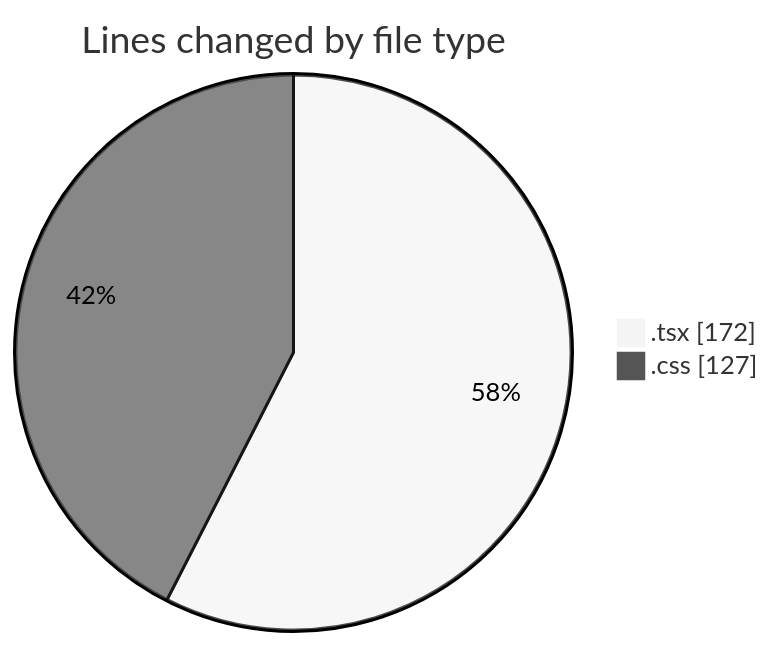
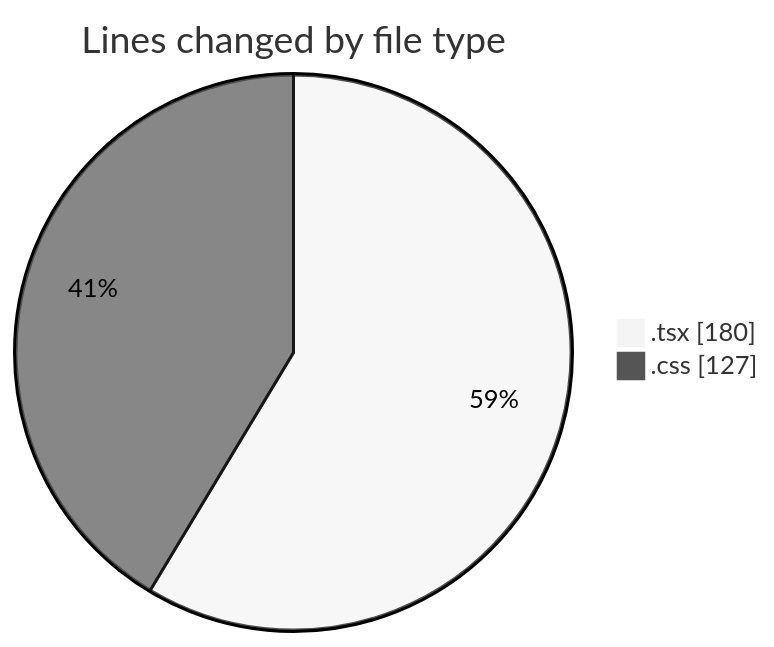
One commit to robertbonfada/code-tracking changed the first of 2 diagrams in 2025-01-09/mbc-web/README.md. Above: the diagram before and after it, drawn with Mermaid (neutral theme). The commit also changed other lines of this file and 1 other file, not shown here.

````diff
--- a/2025-01-09/mbc-web/README.md
+++ b/2025-01-09/mbc-web/README.md
@@ -27,6 +28,6 @@
 ```mermaid
 pie showData
 title Lines changed by file type
-".tsx" : 172
+".tsx" : 180
 ".css" : 127
 ```
````
